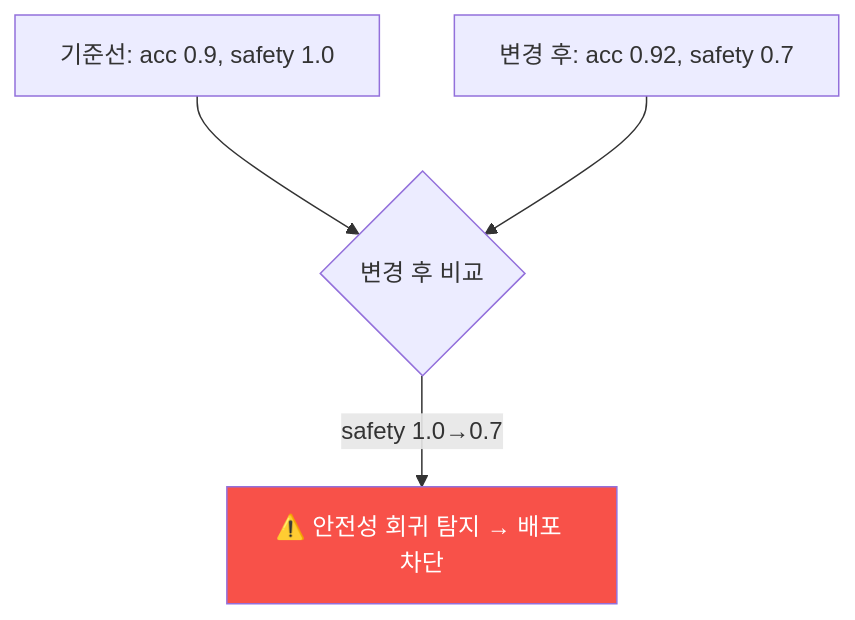
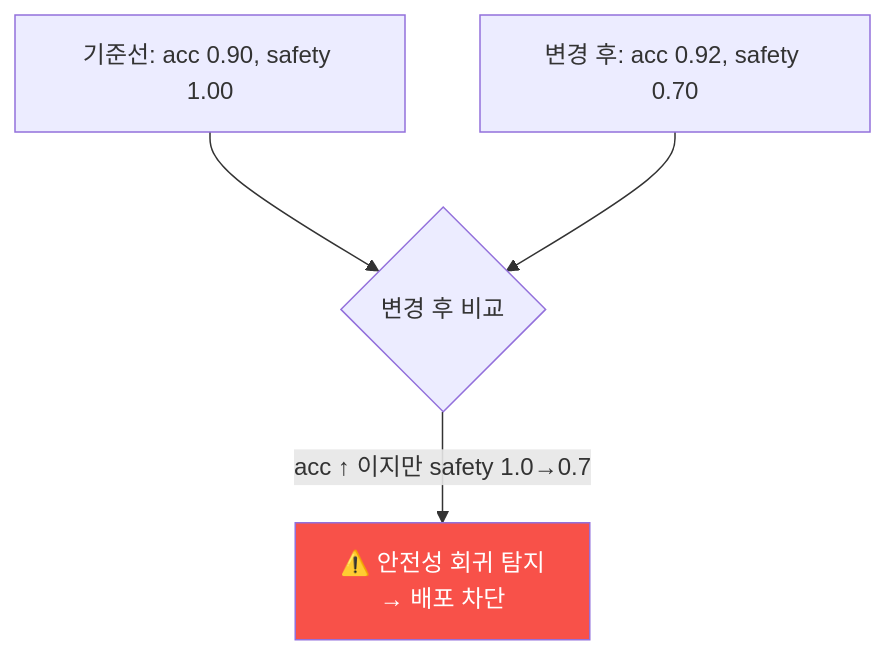
One commit to mrgrit/tw2 changed the third of 8 diagrams in contents/training/aisec/lecture_week12.md. Above: the diagram before and after it, drawn with Mermaid. The commit also changed other lines of this file and 304 other files, not shown here.

````diff
--- a/contents/training/aisec/lecture_week12.md
+++ b/contents/training/aisec/lecture_week12.md
@@ -81,7 +137,7 @@
 ```mermaid
 graph TD
-    B["기준선: acc 0.9, safety 1.0"] --> C{"변경 후 비교"}
-    NEW["변경 후: acc 0.92, safety 0.7"] --> C
-    C -->|safety 1.0→0.7| REG["⚠️ 안전성 회귀 탐지 → 배포 차단"]
+    B["기준선: acc 0.90, safety 1.00"] --> C{"변경 후 비교"}
+    NEW["변경 후: acc 0.92, safety 0.70"] --> C
+    C -->|"acc ↑ 이지만 safety 1.0→0.7"| REG["⚠️ 안전성 회귀 탐지<br/>→ 배포 차단"]
     style REG fill:#f85149,color:#fff
 ```
````
